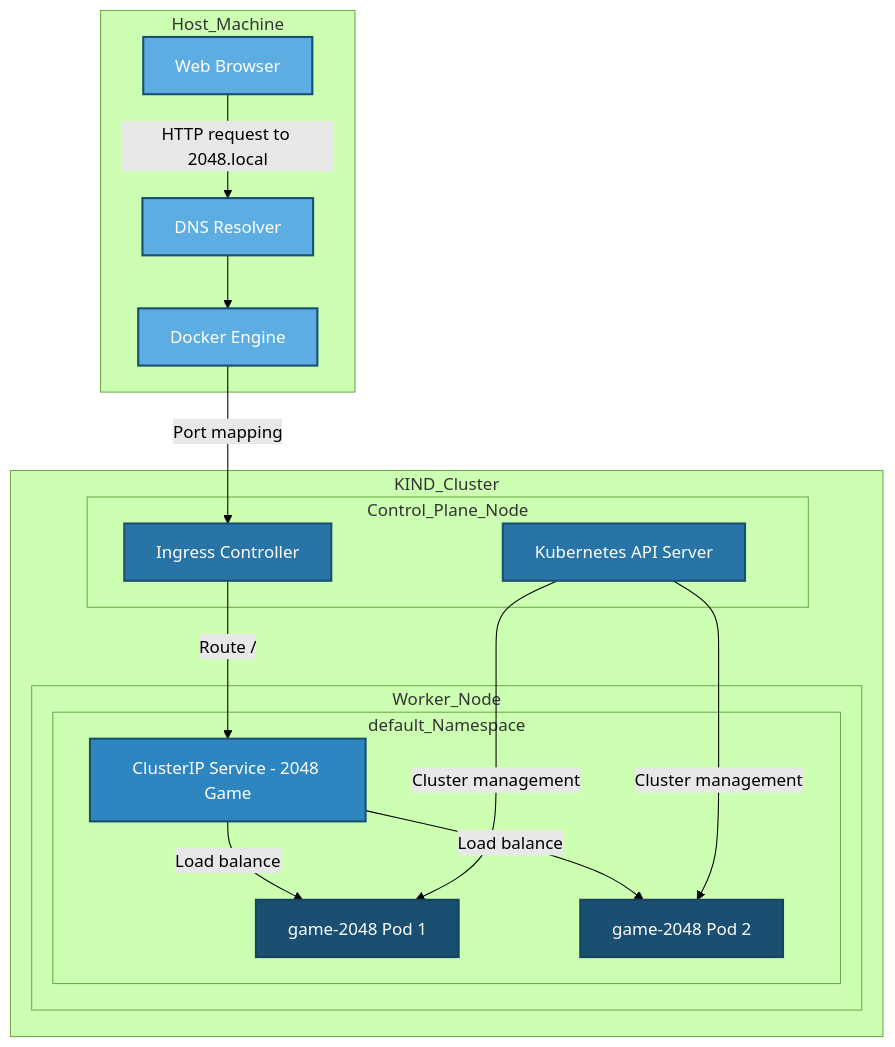
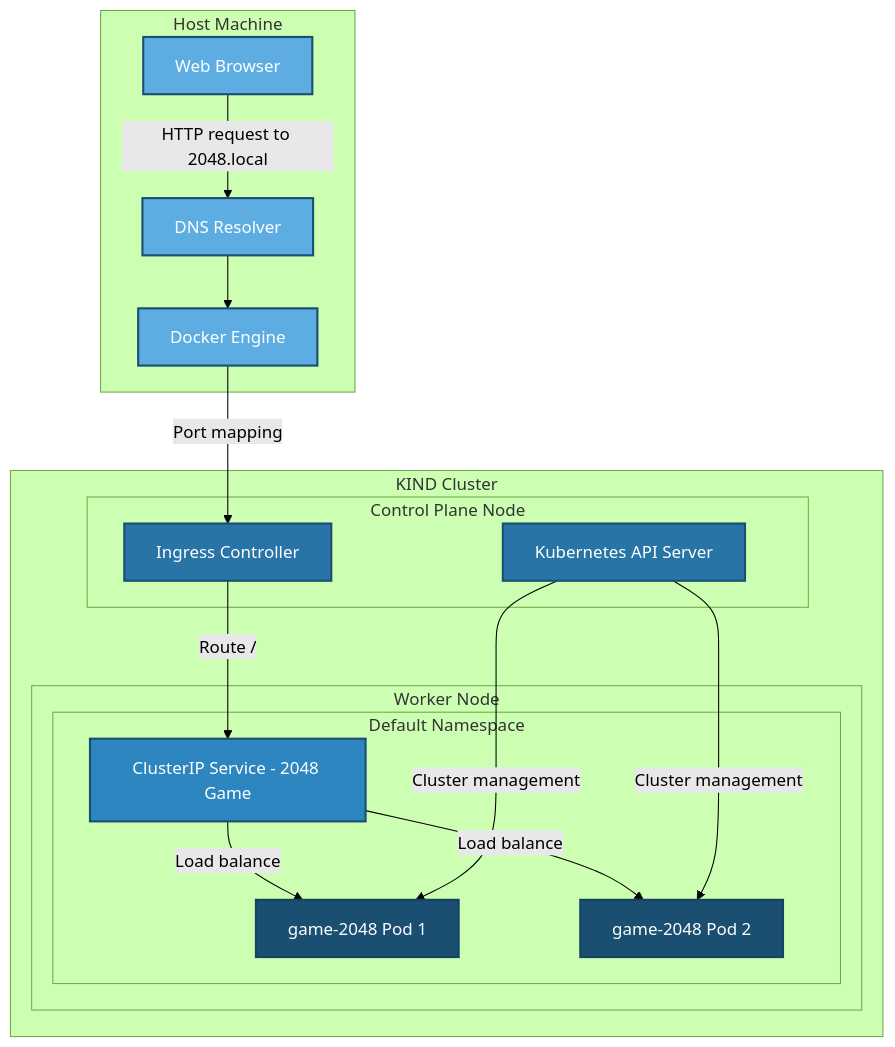
The diagram in README.md (kadirariklar/game-2048-for-k8s), drawn with Mermaid (forest theme) before and after one commit.

Commit message:
Edited README.md file.

````diff
--- a/README.md
+++ b/README.md
@@ -515,41 +515,41 @@
 ```mermaid
 graph TD
-    classDef host fill:#5DADE2,stroke:#1B4F72,stroke-width:2px,color:white
-    classDef controlNode fill:#2874A6,stroke:#1B4F72,stroke-width:2px,color:white
-    classDef workerNode fill:#1A5276,stroke:#154360,stroke-width:2px,color:white
-    classDef svc fill:#2E86C1,stroke:#1B4F72,stroke-width:2px,color:white
-    classDef pod fill:#1B4F72,stroke:#154360,stroke-width:2px,color:white
+classDef host fill:#5DADE2,stroke:#1B4F72,stroke-width:2px,color:white
+classDef controlNode fill:#2874A6,stroke:#1B4F72,stroke-width:2px,color:white
+classDef workerNode fill:#1A5276,stroke:#154360,stroke-width:2px,color:white
+classDef svc fill:#2E86C1,stroke:#1B4F72,stroke-width:2px,color:white
+classDef pod fill:#1B4F72,stroke:#154360,stroke-width:2px,color:white
 
-    %% Host
-    subgraph Host_Machine
-        Browser[Web Browser]:::host
-        DockerEngine[Docker Engine]:::host
-        DNSResolver[DNS Resolver]:::host
+%% Host
+subgraph "Host Machine"
+    Browser[Web Browser]:::host
+    DockerEngine[Docker Engine]:::host
+    DNSResolver[DNS Resolver]:::host
+end
+
+%% Cluster
+subgraph "KIND Cluster"
+    subgraph "Control Plane Node"
+        IngressController[Ingress Controller]:::controlNode
+        APIServer[Kubernetes API Server]:::controlNode
     end
 
-    %% Cluster
-    subgraph KIND_Cluster
-        subgraph Control_Plane_Node
-            IngressController[Ingress Controller]:::controlNode
-            APIServer[Kubernetes API Server]:::controlNode
-        end
-
-        subgraph Worker_Node
-            subgraph default_Namespace
-                Service[ClusterIP Service - 2048 Game]:::svc
-                Pod1[game-2048 Pod 1]:::pod
-                Pod2[game-2048 Pod 2]:::pod
-            end
+    subgraph "Worker Node"
+        subgraph "Default Namespace"
+            Service[ClusterIP Service - 2048 Game]:::svc
+            Pod1[game-2048 Pod 1]:::pod
+            Pod2[game-2048 Pod 2]:::pod
         end
     end
+end
 
-    %% Connections
-    Browser -->|HTTP request to 2048.local| DNSResolver
-    DNSResolver --> DockerEngine
-    DockerEngine -->|Port mapping| IngressController
-    IngressController -->|Route / | Service
-    Service -->|Load balance| Pod1
-    Service -->|Load balance| Pod2
-    APIServer -->|Cluster management| Pod1
-    APIServer -->|Cluster management| Pod2
+%% Connections
+Browser -->|HTTP request to 2048.local| DNSResolver
+DNSResolver --> DockerEngine
+DockerEngine -->|Port mapping| IngressController
+IngressController -->|Route / | Service
+Service -->|Load balance| Pod1
+Service -->|Load balance| Pod2
+APIServer -->|Cluster management| Pod1
+APIServer -->|Cluster management| Pod2
 ```
````
